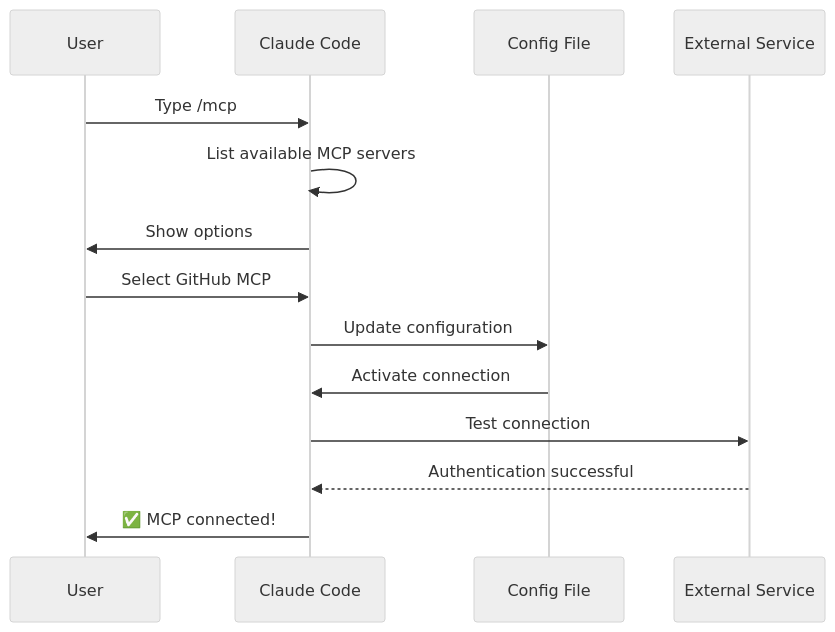
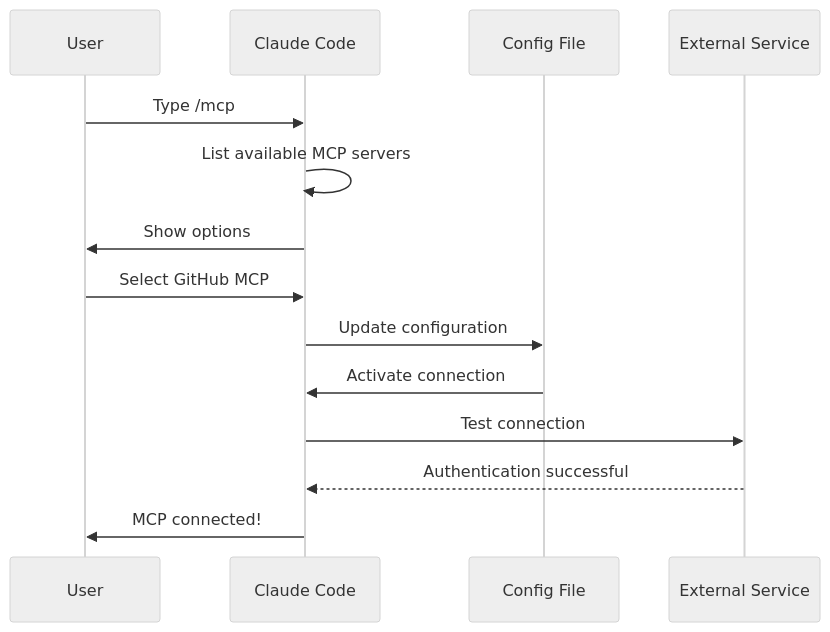
The third of 7 diagrams in app/public/content/05-mcp/README.md (Gardendwarf/clrClaude), drawn with Mermaid (neutral theme) before and after one commit. The commit also changed other lines of this file and 223 other files, not shown here.

````diff
--- a/app/public/content/05-mcp/README.md
+++ b/app/public/content/05-mcp/README.md
@@ -177,17 +177,17 @@
 ```mermaid
 sequenceDiagram
     participant User
     participant Claude as Claude Code
     participant Config as Config File
     participant Service as External Service
 
     User->>Claude: Type /mcp
     Claude->>Claude: List available MCP servers
     Claude->>User: Show options
     User->>Claude: Select GitHub MCP
     Claude->>Config: Update configuration
     Config->>Claude: Activate connection
     Claude->>Service: Test connection
     Service-->>Claude: Authentication successful
-    Claude->>User: ✅ MCP connected!
+    Claude->>User: MCP connected!
 ```
````
